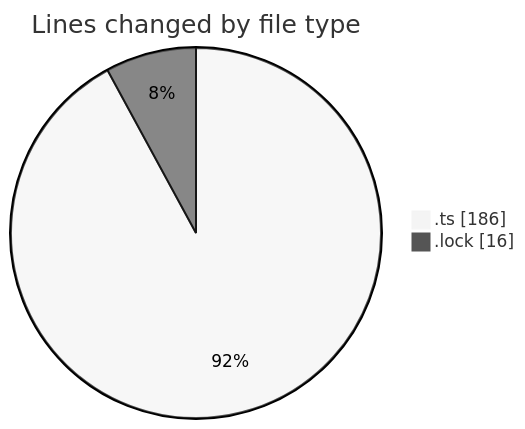
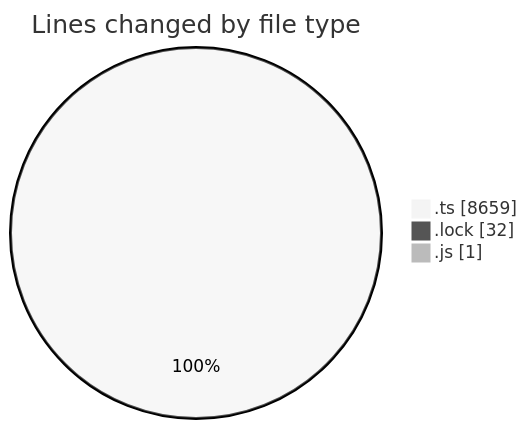
One commit to momahboobian/code-tracking changed the first of 2 diagrams in 2025-05-30/cda/README.md. Above: the diagram before and after it, drawn with Mermaid (neutral theme). The commit also changed other lines of this file and 1 other file, not shown here.

````diff
--- a/2025-05-30/cda/README.md
+++ b/2025-05-30/cda/README.md
@@ -23,6 +25,7 @@
 ```mermaid
 pie showData
 title Lines changed by file type
-".ts" : 186
-".lock" : 16
+".ts" : 8659
+".lock" : 32
+".js" : 1
 ```
````
